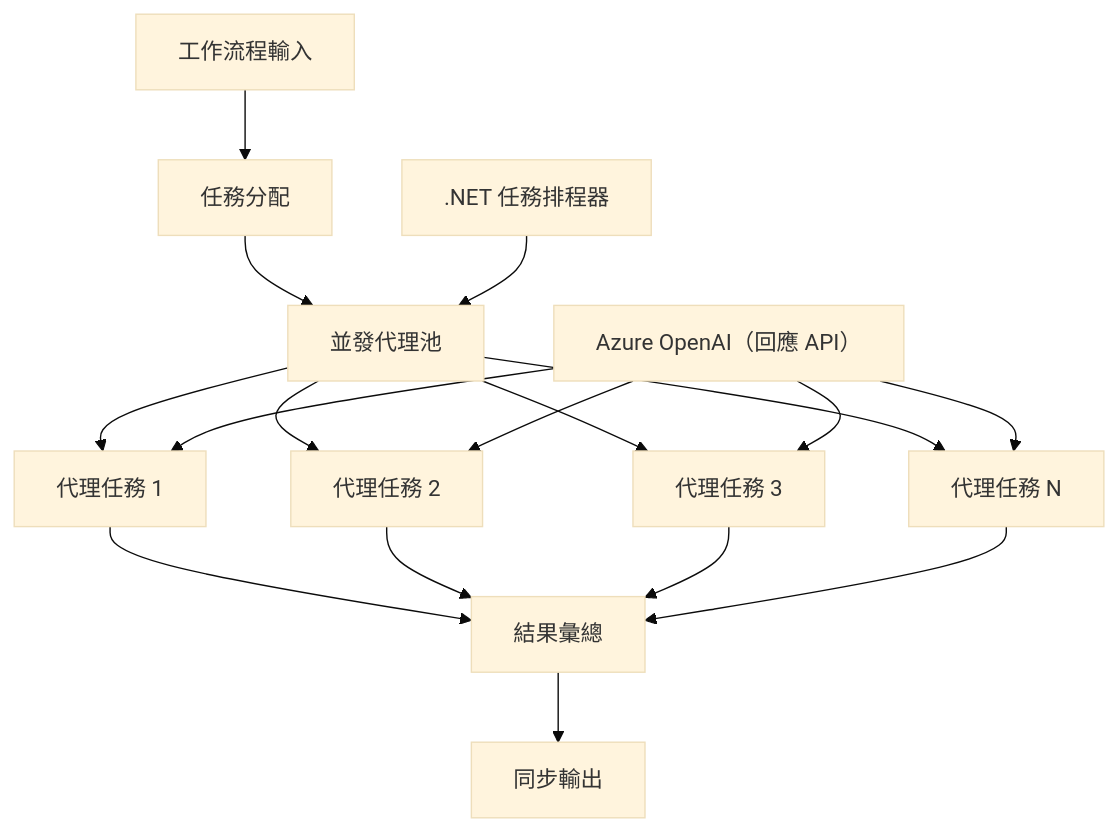
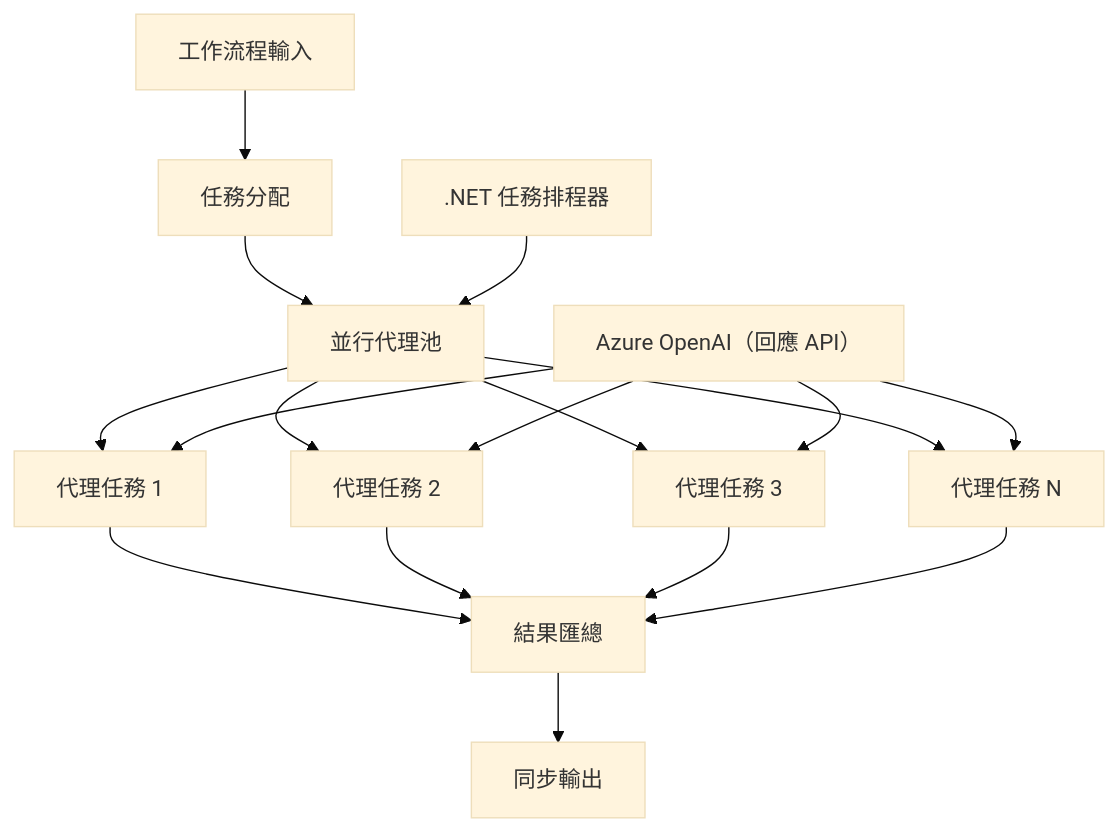
Before and after one commit to venturemavenwill/azureaifundamentals: the diagram in translations/zh-MO/08-multi-agent/code_samples/workflows-agent-framework/dotNET/03.dotnet-agent-framework-workflow-ghmodel-concurrent.md, drawn with Mermaid (base theme). The commit also changed other lines of this file and 263 other files, not shown here.

````diff
--- a/translations/zh-MO/08-multi-agent/code_samples/workflows-agent-framework/dotNET/03.dotnet-agent-framework-workflow-ghmodel-concurrent.md
+++ b/translations/zh-MO/08-multi-agent/code_samples/workflows-agent-framework/dotNET/03.dotnet-agent-framework-workflow-ghmodel-concurrent.md
@@ -69,23 +69,23 @@
 ```mermaid
 graph TD
     A[工作流程輸入] --> B[任務分配]
-    B --> C[並發代理池]
+    B --> C[並行代理池]
     C --> D[代理任務 1]
     C --> E[代理任務 2]
     C --> F[代理任務 3]
     C --> G[代理任務 N]
     
-    D --> H[結果彙總]
+    D --> H[結果匯總]
     E --> H
     F --> H
     G --> H
     
     H --> I[同步輸出]
     
     J[Azure OpenAI（回應 API）] --> D
     J --> E
     J --> F
     J --> G
     
     K[.NET 任務排程器] --> C
 ```
````
